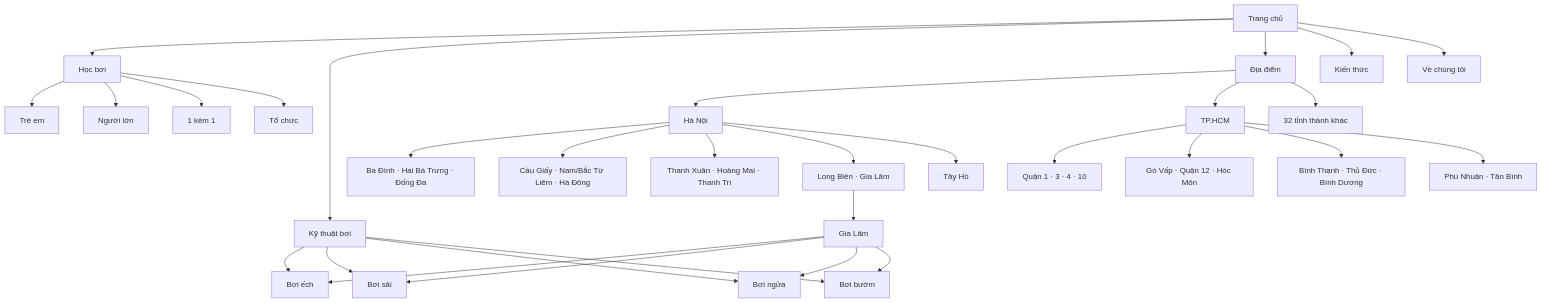
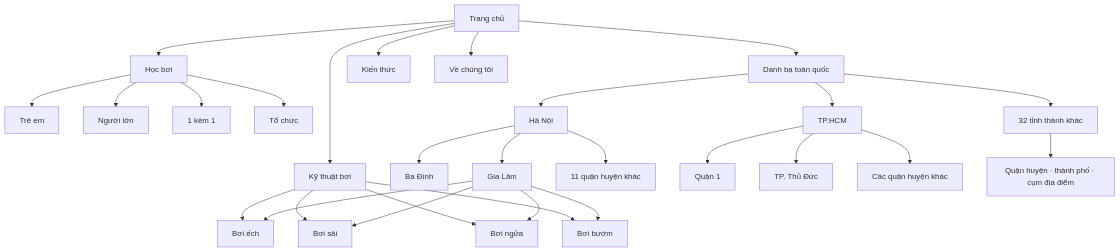
Before and after one commit to huymanhmmo/dayboivip: the diagram in dayboi-web/docs/seo-site-architecture.md, drawn with Mermaid. The commit also changed other lines of this file and 5 other files, not shown here.

````diff
--- a/dayboi-web/docs/seo-site-architecture.md
+++ b/dayboi-web/docs/seo-site-architecture.md
@@ -81,37 +81,34 @@
 ```mermaid
 graph TD
     HOME[Trang chủ] --> COURSES[Học bơi]
     HOME --> TECH[Kỹ thuật bơi]
-    HOME --> LOCATIONS[Địa điểm]
+    HOME --> LOCATIONS[Danh bạ toàn quốc]
     HOME --> CONTENT[Kiến thức]
     HOME --> ABOUT[Về chúng tôi]
 
     COURSES --> KIDS[Trẻ em]
     COURSES --> ADULTS[Người lớn]
     COURSES --> PRIVATE[1 kèm 1]
     COURSES --> ORG[Tổ chức]
 
     TECH --> BREAST[Bơi ếch]
     TECH --> CRAWL[Bơi sải]
     TECH --> BACK[Bơi ngửa]
     TECH --> FLY[Bơi bướm]
 
     LOCATIONS --> HANOI[Hà Nội]
     LOCATIONS --> HCM[TP.HCM]
     LOCATIONS --> PROVINCES[32 tỉnh thành khác]
-    HANOI --> CENTRAL[Ba Đình · Hai Bà Trưng · Đống Đa]
-    HANOI --> WEST[Cầu Giấy · Nam/Bắc Từ Liêm · Hà Đông]
-    HANOI --> SOUTH[Thanh Xuân · Hoàng Mai · Thanh Trì]
-    HANOI --> EAST[Long Biên · Gia Lâm]
-    HANOI --> NORTH[Tây Hồ]
-    HCM --> HCMCORE[Quận 1 · 3 · 4 · 10]
-    HCM --> HCMNORTH[Gò Vấp · Quận 12 · Hóc Môn]
-    HCM --> HCMEAST[Bình Thạnh · Thủ Đức · Bình Dương]
-    HCM --> HCMAIRPORT[Phú Nhuận · Tân Bình]
+    HANOI --> BADINH[Ba Đình]
+    HANOI --> GIALAM[Gia Lâm]
+    HANOI --> HANOIAREAS[11 quận huyện khác]
+    HCM --> QUAN1[Quận 1]
+    HCM --> THUDUC[TP. Thủ Đức]
+    HCM --> HCMAREAS[Các quận huyện khác]
+    PROVINCES --> LOCALAREAS[Quận huyện · thành phố · cụm địa điểm]
 
-    EAST --> GIALAM[Gia Lâm]
     GIALAM --> BREAST
     GIALAM --> CRAWL
     GIALAM --> BACK
     GIALAM --> FLY
 ```
````
